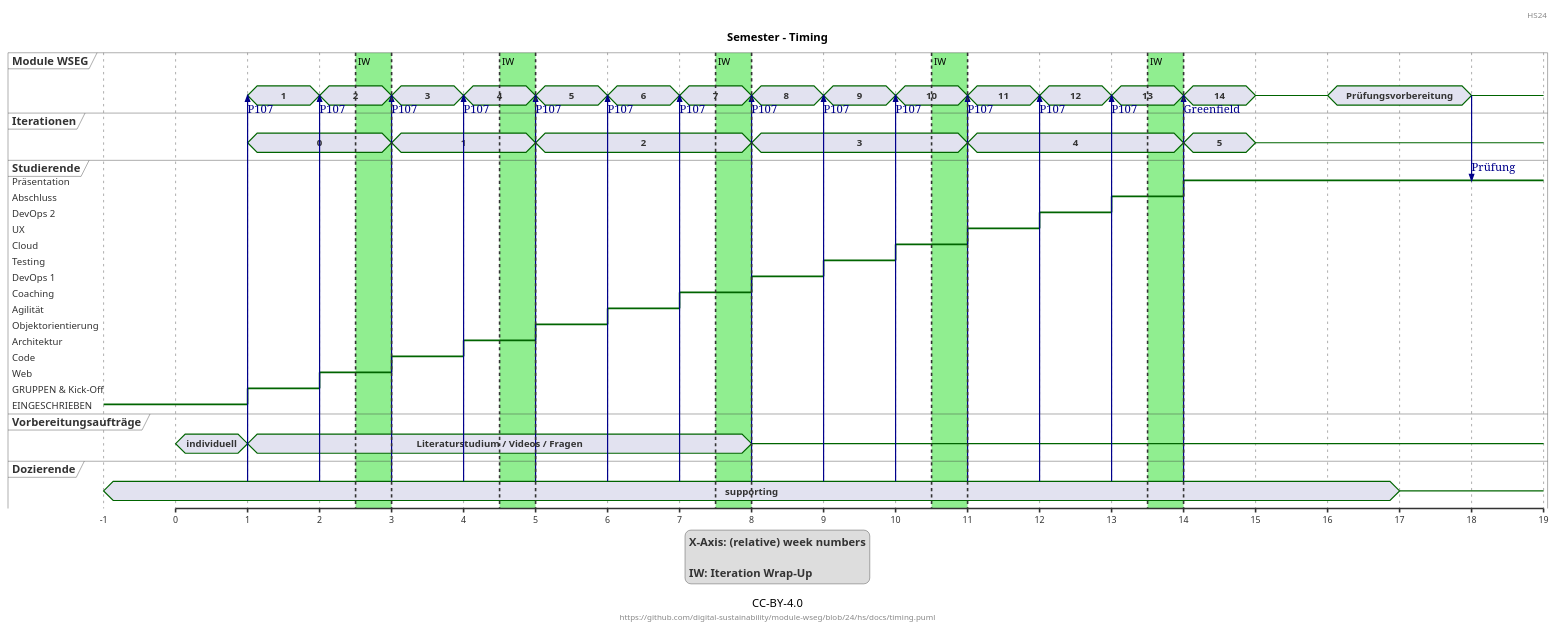
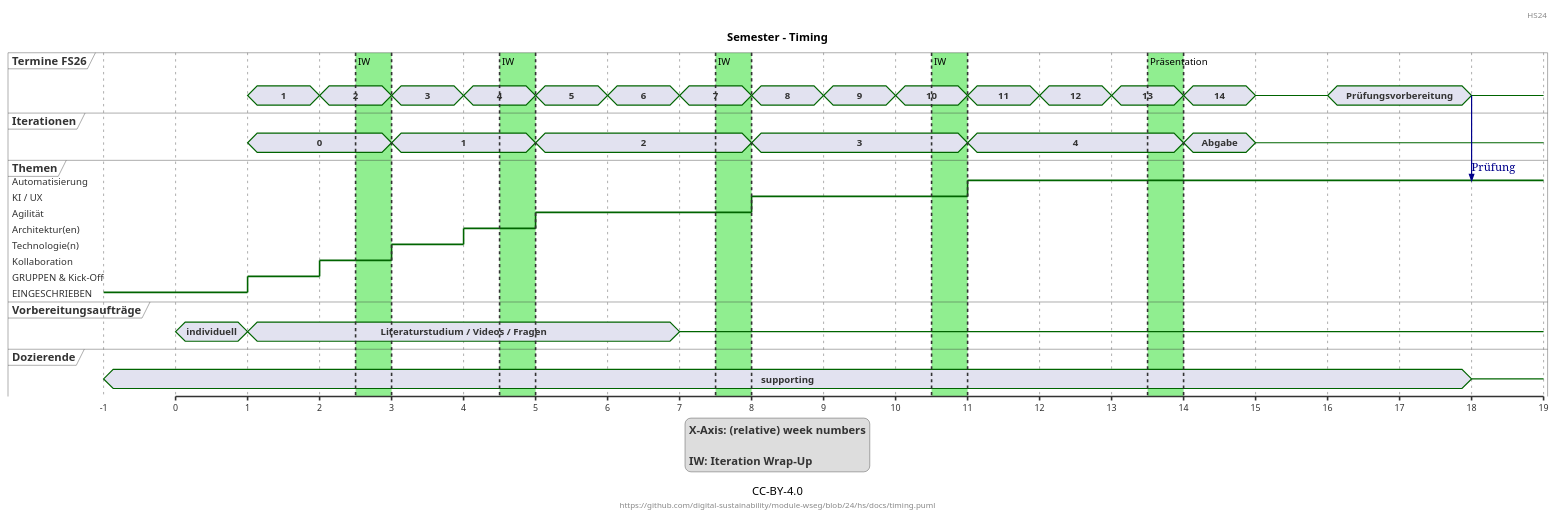
Before and after one commit to digital-sustainability/module-wseg: the diagram in docs/timing.puml, drawn with PlantUML.

Commit message:
New Timing and "roter faden" for FS 26

```diff
--- a/docs/timing.puml
+++ b/docs/timing.puml
@@ -1,125 +1,105 @@
 @startuml
 Title Semester - Timing
 header: HS24
 footer: "https://github.com/digital-sustainability/module-wseg/blob/24/hs/docs/timing.puml"
 caption CC-BY-4.0
 
 legend
 X-Axis: (relative) week numbers
 
 IW: Iteration Wrap-Up
 end legend
 
-concise "Module WSEG" as module
+concise "Termine FS26" as module
 concise "Iterationen" as iter
-robust "Studierende" as studi
+robust "Themen" as studi
 concise "Vorbereitungsaufträge" as prep
 concise "Dozierende" as dozent
 scale 1 as 90 pixels
 
 @-1
 studi is EINGESCHRIEBEN
 dozent is supporting
 
 @+1
 prep is "individuell"
 
 @1
-dozent -> module: P107
 module is "1"
 iter is "0"
 prep is "Literaturstudium / Videos / Fragen"
 studi is "GRUPPEN & Kick-Off"
 
 @+1
-dozent -> module: P107
 module is "2"
-studi is "Web"
+studi is "Kollaboration"
 
 @+1
-dozent -> module: P107
 iter is "1"
 module is "3"
-studi is "Code"
+studi is "Technologie(n)"
 
 @+1
-dozent -> module: P107
 module is "4"
-studi is "Architektur"
+studi is "Architektur(en)"
 
 @+1
-dozent -> module: P107
 module is "5"
 iter is "2"
-studi is "Objektorientierung"
-
-@+1
-dozent -> module: P107
-module is "6"
 studi is "Agilität"
 
 @+1
-dozent -> module: P107
-module is "7"
-studi is "Coaching"
+module is "6"
 
 @+1
-dozent -> module: P107
-module is "8 "
+module is "7"
 prep is {-}
-iter is "3"
-studi is "DevOps 1"
 
 @+1
-dozent -> module: P107
-module is "9"
-studi is "Testing"
+module is "8"
+iter is "3"
+studi is "KI / UX"
 
 @+1
-dozent -> module: P107
-module is "10"
-studi is "Cloud"
+module is "9"
 
 @+1
-dozent -> module: P107
+module is "10"
+
+@+1
 module is "11"
 iter is "4"
-studi is "UX"
+studi is "Automatisierung"
 
 @+1
-dozent -> module: P107
 module is "12"
-studi is "DevOps 2"
 
 @+1
-dozent -> module: P107
 module is "13"
-studi is "Abschluss"
 
 @+1
-dozent -> module: Greenfield
 module is "14"
-iter is "5"
-studi is "Präsentation"
+iter is "Abgabe"
+module is "15"
 
 @+1
 module is {-}
 iter is {-}
 
 @+1
 module is Prüfungsvorbereitung
 
 @+1
-dozent is {-}
 
 @+1
 module -> studi: Prüfung
 module is {-}
+dozent is {-}
 
 highlight 2.5 to 3 #lightgreen : IW
 highlight 4.5 to 5 #lightgreen : IW
 highlight 7.5 to 8 #lightgreen : IW
 highlight 10.5 to 11 #lightgreen : IW
-highlight 13.5 to 14 #lightgreen : IW
+highlight 13.5 to 14 #lightgreen : Präsentation
 
 @enduml
```
